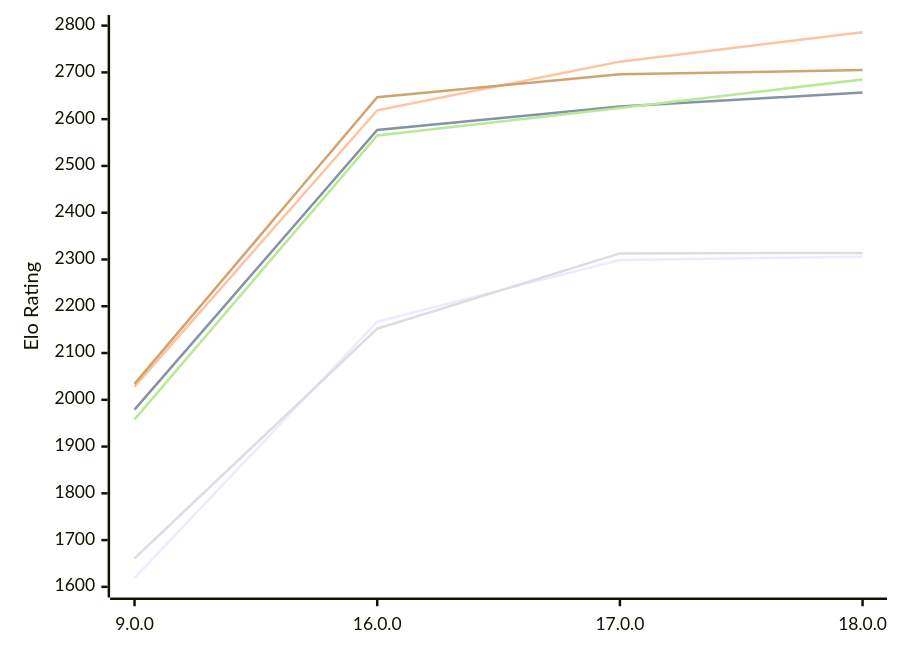
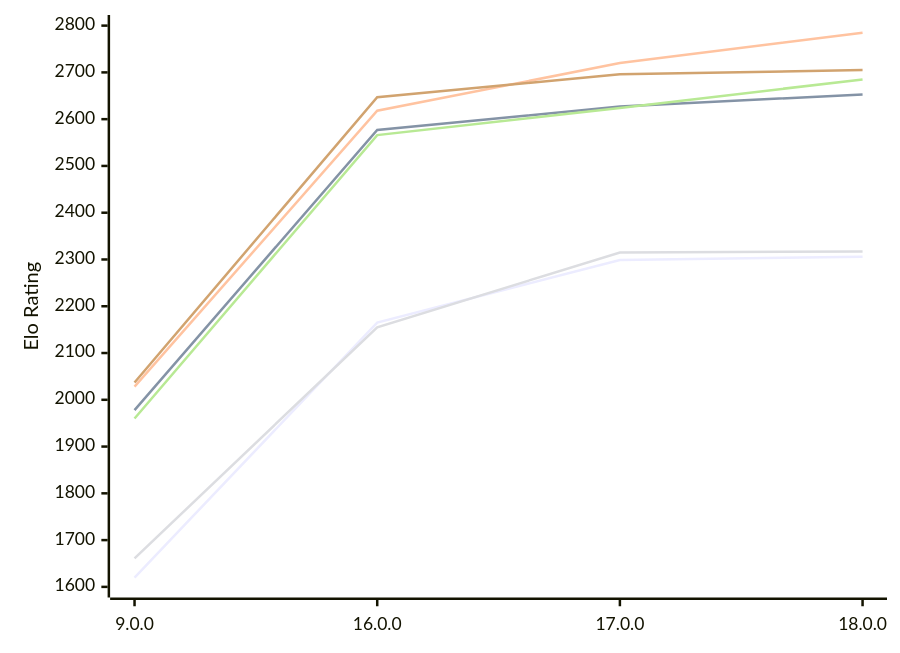
The first of 2 diagrams in engines/Cepimetheus.md (computer-chess-index/cci), drawn with Mermaid before and after one commit. The commit also changed other lines of this file, not shown here.

Commit message:
Update CCI Ratings (ELO VLTC) - 2026-11-28

````diff
--- a/engines/Cepimetheus.md
+++ b/engines/Cepimetheus.md
@@ -66,12 +66,12 @@
 ```mermaid
 %%{init: {"theme":"base","themeVariables":{"seriesColors:['#a3a3a3','#222221','#faa371']}}}%%
 xychart-beta
   x-axis ["9.0.0", "16.0.0", "17.0.0", "18.0.0"]
   y-axis "Elo Rating" 1600 --> 2800
-  line "E1: STC (8.0+0.08s)" [1619, 2167, 2299, 2306]
-  line "E1: LTC (60.0+0.60s)" [1979, 2577, 2627, 2657]
-  line "E1: VLTC (2m24s+1.12s)" [2028, 2619, 2723, 2786]
-  line "P1: STC (8.0+0.08s)" [1661, 2152, 2313, 2314]
-  line "P1: LTC (60.0+0.60s)" [1958, 2565, 2624, 2685]
-  line "P1: VLTC (2m24s+1.12s)" [2034, 2647, 2696, 2705]
+  line "E1: STC (8.0+0.08s)" [1620, 2165, 2299, 2306]
+  line "E1: LTC (60.0+0.60s)" [1978, 2577, 2627, 2653]
+  line "E1: VLTC (2m24s+1.12s)" [2028, 2618, 2720, 2785]
+  line "P1: STC (8.0+0.08s)" [1661, 2155, 2315, 2317]
+  line "P1: LTC (60.0+0.60s)" [1960, 2566, 2624, 2685]
+  line "P1: VLTC (2m24s+1.12s)" [2037, 2647, 2696, 2705]
 ```
````
